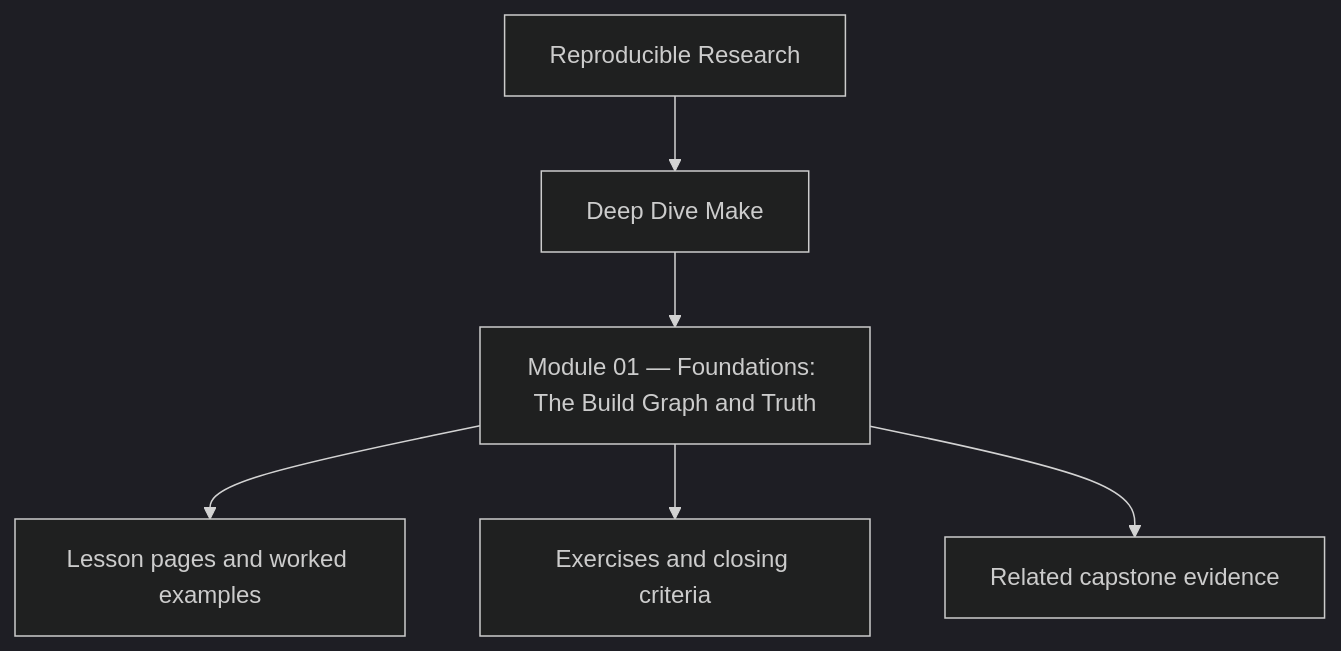
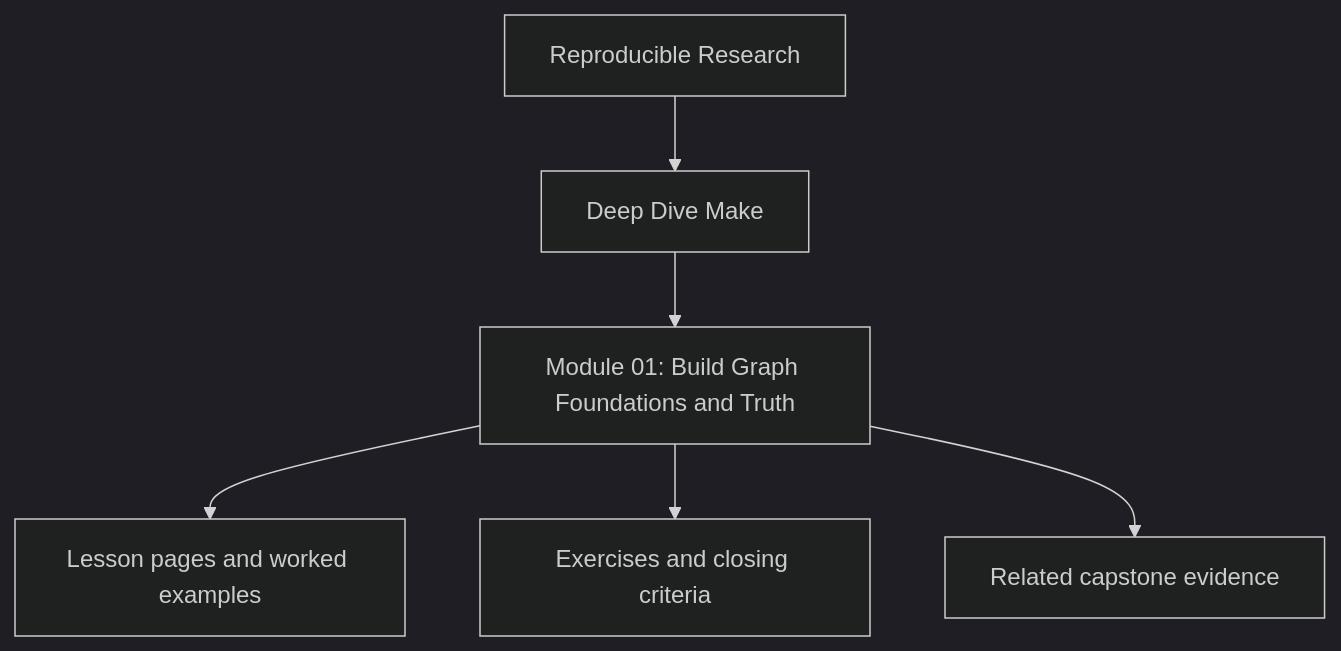
The first of 2 diagrams in programs/reproducible-research/deep-dive-make/course-book/module-01-foundations-build-graph-and-truth/index.md (bijux/bijux-masterclass), drawn with Mermaid (dark theme) before and after one commit. The commit also changed other lines of this file and 241 other files, not shown here.

````diff
--- a/programs/reproducible-research/deep-dive-make/course-book/module-01-foundations-build-graph-and-truth/index.md
+++ b/programs/reproducible-research/deep-dive-make/course-book/module-01-foundations-build-graph-and-truth/index.md
@@ -8,8 +8,8 @@
 ```mermaid
 flowchart TD
   family["Reproducible Research"] --> program["Deep Dive Make"]
-  program --> module["Module 01 — Foundations: The Build Graph and Truth"]
+  program --> module["Module 01: Build Graph Foundations and Truth"]
   module --> lessons["Lesson pages and worked examples"]
   module --> checkpoints["Exercises and closing criteria"]
   module --> capstone["Related capstone evidence"]
 ```
````
